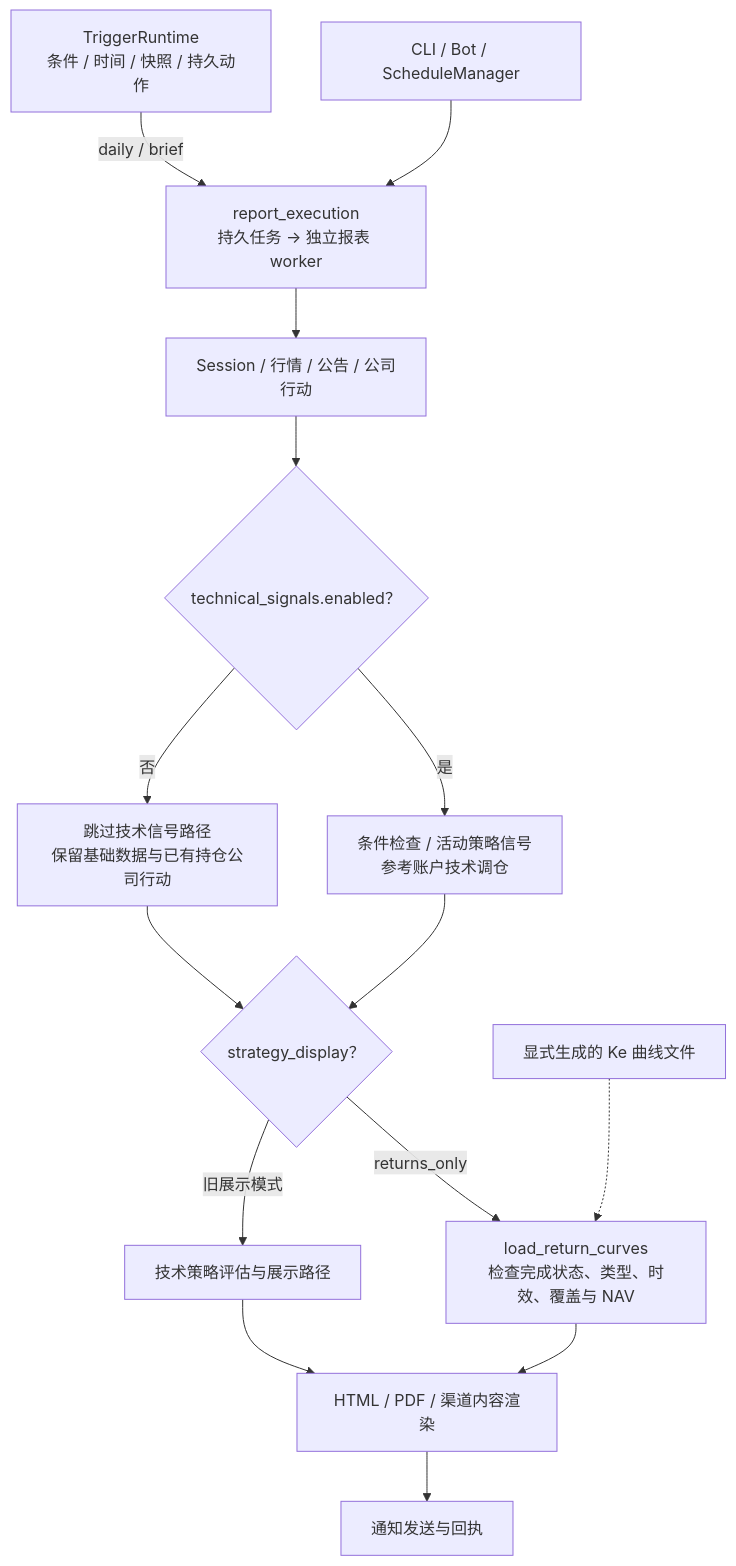
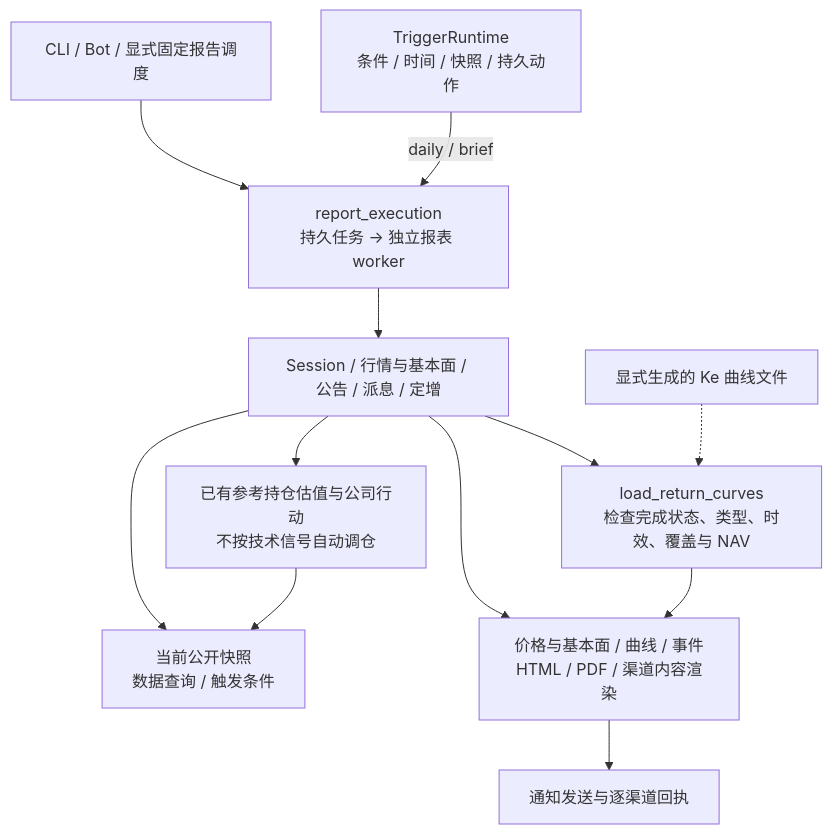
Before and after one commit to Saltflow/trade_eyes_keeper: the fourth of 7 diagrams in docs/architecture_overview.md, drawn with Mermaid. The commit also changed other lines of this file and 100 other files, not shown here.

````diff
--- a/docs/architecture_overview.md
+++ b/docs/architecture_overview.md
@@ -144,17 +142,14 @@
 ```mermaid
 flowchart TB
-    ENTRY["CLI / Bot / ScheduleManager"] --> REPORTS["report_execution<br/>持久任务 → 独立报表 worker"]
+    ENTRY["CLI / Bot / 显式固定报告调度"] --> REPORTS["report_execution<br/>持久任务 → 独立报表 worker"]
     TRIGGER["TriggerRuntime<br/>条件 / 时间 / 快照 / 持久动作"] -->|daily / brief| REPORTS
-    REPORTS --> SESSION["Session / 行情 / 公告 / 公司行动"]
-    SESSION --> TECH{"technical_signals.enabled？"}
-    TECH -->|是| SIGNAL["条件检查 / 活动策略信号<br/>参考账户技术调仓"]
-    TECH -->|否| BASE["跳过技术信号路径<br/>保留基础数据与已有持仓公司行动"]
-    SIGNAL --> DISPLAY{"strategy_display？"}
-    BASE --> DISPLAY
-    DISPLAY -->|returns_only| KE["load_return_curves<br/>检查完成状态、类型、时效、覆盖与 NAV"]
+    REPORTS --> SESSION["Session / 行情与基本面 / 公告 / 派息 / 定增"]
+    SESSION --> KE["load_return_curves<br/>检查完成状态、类型、时效、覆盖与 NAV"]
     FILE["显式生成的 Ke 曲线文件"] -.-> KE
-    DISPLAY -->|旧展示模式| LEGACY["技术策略评估与展示路径"]
-    KE --> RENDER["HTML / PDF / 渠道内容渲染"]
-    LEGACY --> RENDER
-    RENDER --> DELIVERY["通知发送与回执"]
+    SESSION --> REF["已有参考持仓估值与公司行动<br/>不按技术信号自动调仓"]
+    SESSION --> SNAPSHOT["当前公开快照<br/>数据查询 / 触发条件"]
+    REF --> SNAPSHOT
+    SESSION --> RENDER["价格与基本面 / 曲线 / 事件<br/>HTML / PDF / 渠道内容渲染"]
+    KE --> RENDER
+    RENDER --> DELIVERY["通知发送与逐渠道回执"]
 ```
````
